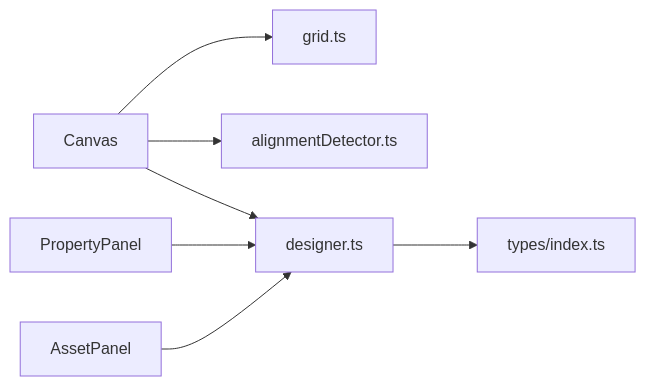
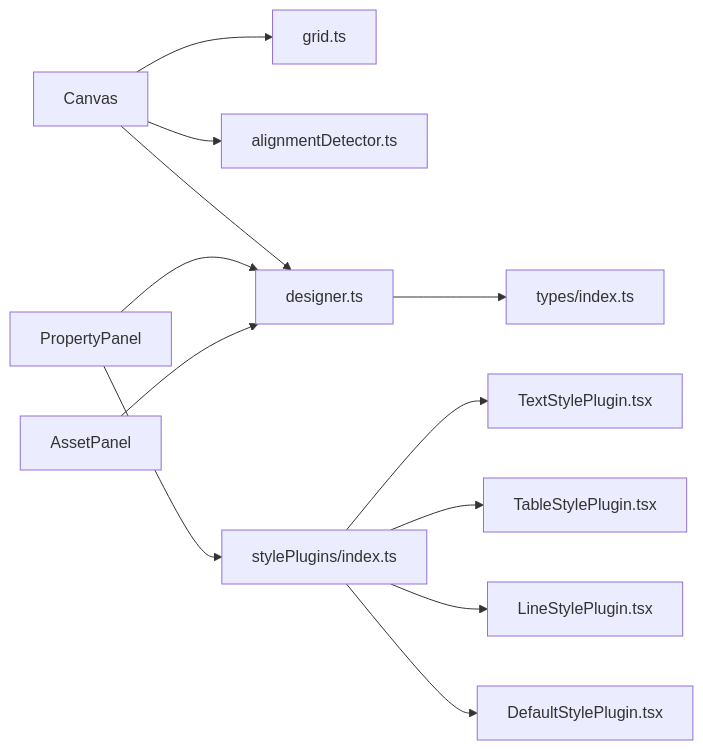
Before and after one commit to joker-yjc/printer: the eighth of 8 diagrams in .qoder/repowiki/zh/content/设计器前端应用/可视化设计界面/可视化设计界面.md, drawn with Mermaid. The commit also changed other lines of this file and 3 other files, not shown here.

````diff
--- a/.qoder/repowiki/zh/content/设计器前端应用/可视化设计界面/可视化设计界面.md
+++ b/.qoder/repowiki/zh/content/设计器前端应用/可视化设计界面/可视化设计界面.md
@@ -302,9 +353,14 @@
 ```mermaid
 graph LR
 Canvas["Canvas"] --> Grid["grid.ts"]
 Canvas --> Align["alignmentDetector.ts"]
 Canvas --> Store["designer.ts"]
 Property["PropertyPanel"] --> Store
+Property --> StylePlugins["stylePlugins/index.ts"]
 Assets["AssetPanel"] --> Store
 Store --> Types["types/index.ts"]
+StylePlugins --> TextStylePlugin["TextStylePlugin.tsx"]
+StylePlugins --> TableStylePlugin["TableStylePlugin.tsx"]
+StylePlugins --> LineStylePlugin["LineStylePlugin.tsx"]
+StylePlugins --> DefaultStylePlugin["DefaultStylePlugin.tsx"]
 ```
````
